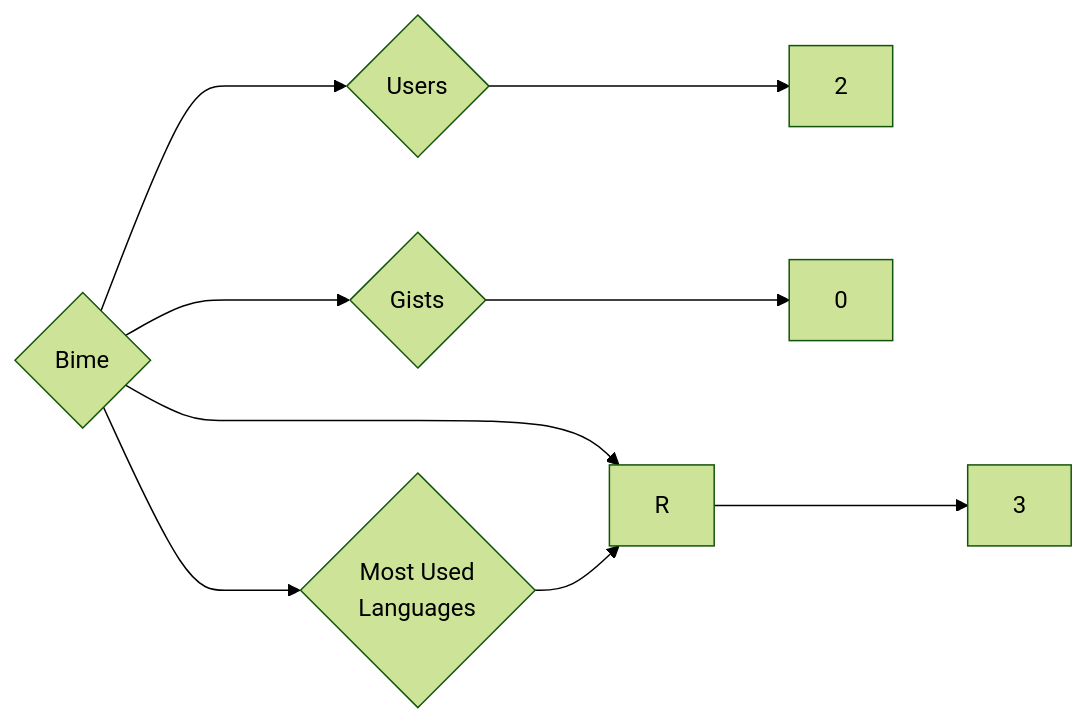
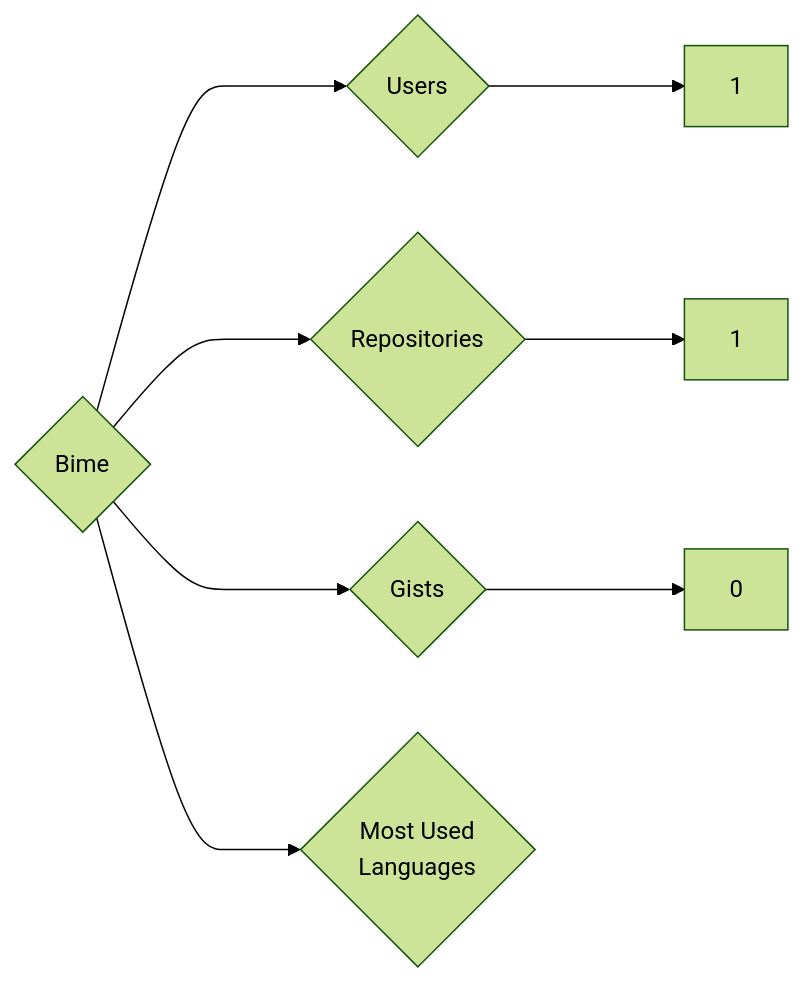
Before and after one commit to trickest/insiders: the diagram in targets/Bime/README.md, drawn with Mermaid (forest theme). The commit also changed 838 other files, not shown here.

````diff
--- a/targets/Bime/README.md
+++ b/targets/Bime/README.md
@@ -3,9 +3,8 @@
 ```mermaid
 graph LR
 COMPANY_NAME{Bime}
-COMPANY_NAME ---> U{Users} ---> UN[2]
-COMPANY_NAME ---> R{Repositories} ---> RN[3]
+COMPANY_NAME ---> U{Users} ---> UN[1]
+COMPANY_NAME ---> R{Repositories} ---> RN[1]
 COMPANY_NAME ---> G{Gists} ---> GN[0]
 COMPANY_NAME ---> ML{Most Used<br>Languages}
-ML --> R[R]
 ```
````
